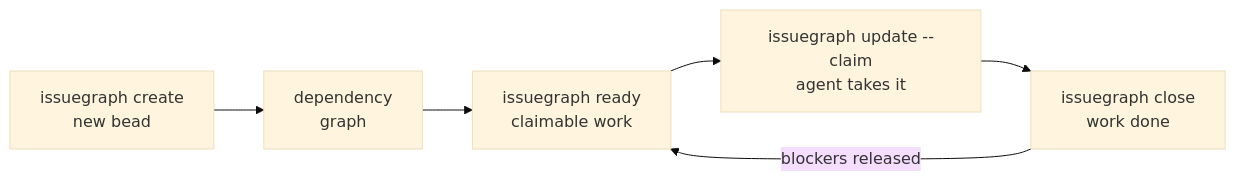
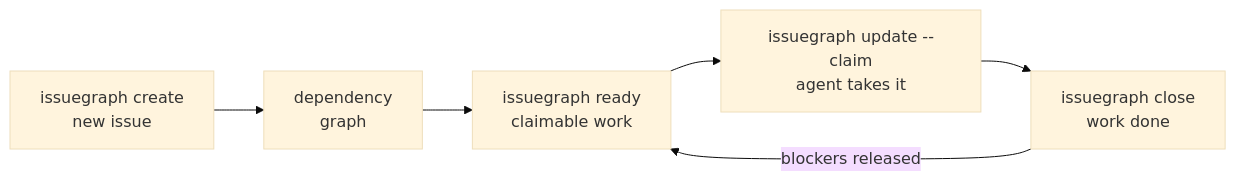
The first of 4 diagrams in docs/core-concepts/index.md (borg0ai/dx-issuegraph), drawn with Mermaid (base theme) before and after one commit. The commit also changed other lines of this file and 3234 other files, not shown here.

````diff
--- a/docs/core-concepts/index.md
+++ b/docs/core-concepts/index.md
@@ -13,8 +13,8 @@
 ```mermaid
 flowchart LR
-    create["issuegraph create<br/>new bead"] --> depgraph["dependency<br/>graph"]
+    create["issuegraph create<br/>new issue"] --> depgraph["dependency<br/>graph"]
     depgraph --> ready["issuegraph ready<br/>claimable work"]
     ready --> claim["issuegraph update --claim<br/>agent takes it"]
     claim --> close["issuegraph close<br/>work done"]
     close -->|blockers released| ready
 ```
````
